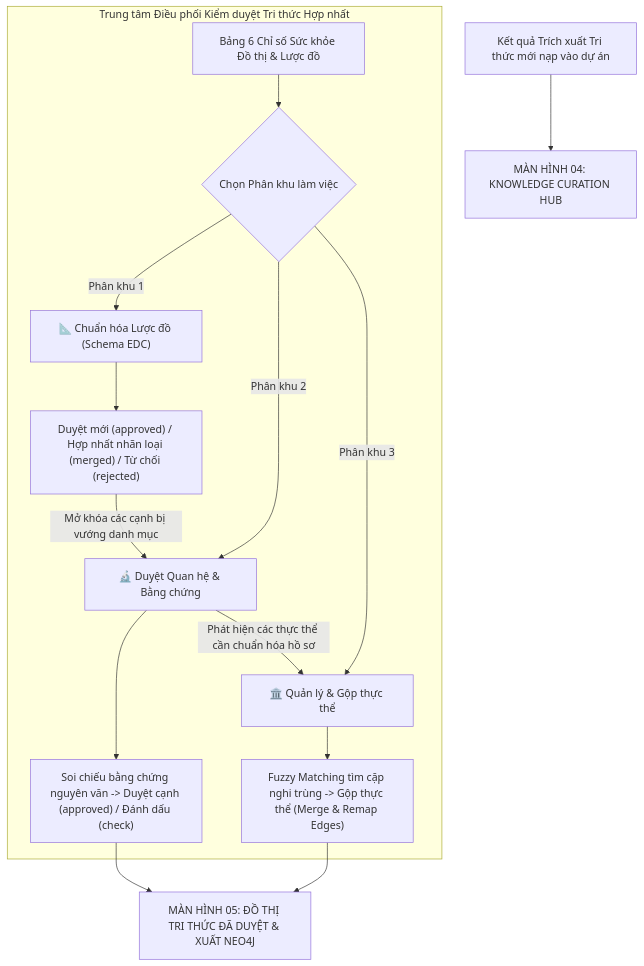
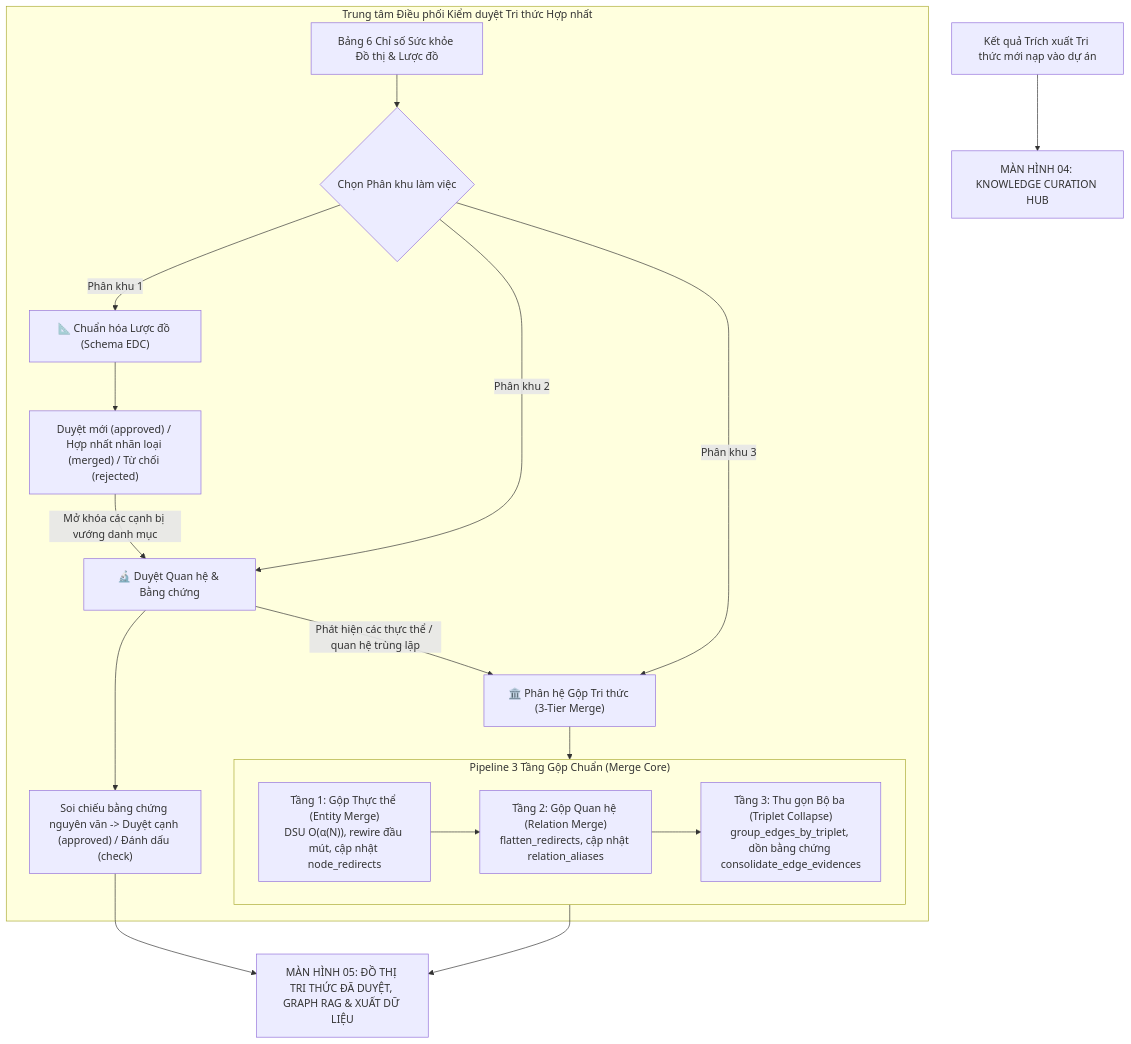
The fourth of 7 diagrams in AI/structure.md (ntnnamnguyen/KG_Studio), drawn with Mermaid before and after one commit. The commit also changed other lines of this file, not shown here.

Commit message:
docs: update system architecture and data flow map to v2.2.0

````diff
--- a/AI/structure.md
+++ b/AI/structure.md
@@ -475,22 +524,26 @@
 ```mermaid
 graph TD
     A["Kết quả Trích xuất Tri thức mới nạp vào dự án"] --> HUB["MÀN HÌNH 04: KNOWLEDGE CURATION HUB"]
     
     subgraph HubContent["Trung tâm Điều phối Kiểm duyệt Tri thức Hợp nhất"]
         DASH["Bảng 6 Chỉ số Sức khỏe Đồ thị & Lược đồ"] --> SUBNAV{"Chọn Phân khu làm việc"}
         
         SUBNAV -- "Phân khu 1" --> SEC1["📐 Chuẩn hóa Lược đồ (Schema EDC)"]
         SUBNAV -- "Phân khu 2" --> SEC2["🔬 Duyệt Quan hệ & Bằng chứng"]
-        SUBNAV -- "Phân khu 3" --> SEC3["🏛️ Quản lý & Gộp thực thể"]
+        SUBNAV -- "Phân khu 3" --> SEC3["🏛️ Phân hệ Gộp Tri thức (3-Tier Merge)"]
         
         SEC1 --> ACT1["Duyệt mới (approved) / Hợp nhất nhãn loại (merged) / Từ chối (rejected)"]
         ACT1 -->|"Mở khóa các cạnh bị vướng danh mục"| SEC2
         
         SEC2 --> ACT2["Soi chiếu bằng chứng nguyên văn -> Duyệt cạnh (approved) / Đánh dấu (check)"]
-        SEC2 -->|"Phát hiện các thực thể cần chuẩn hóa hồ sơ"| SEC3
+        SEC2 -->|"Phát hiện các thực thể / quan hệ trùng lặp"| SEC3
         
-        SEC3 --> ACT3["Fuzzy Matching tìm cặp nghi trùng -> Gộp thực thể (Merge & Remap Edges)"]
+        subgraph MergePipeline["Pipeline 3 Tầng Gộp Chuẩn (Merge Core)"]
+            M1["Tầng 1: Gộp Thực thể (Entity Merge)<br/>DSU O(α(N)), rewire đầu mút, cập nhật node_redirects"] --> M2["Tầng 2: Gộp Quan hệ (Relation Merge)<br/>flatten_redirects, cập nhật relation_aliases"]
+            M2 --> M3["Tầng 3: Thu gọn Bộ ba (Triplet Collapse)<br/>group_edges_by_triplet, dồn bằng chứng consolidate_edge_evidences"]
+        end
+        SEC3 --> MergePipeline
     end
     
-    ACT2 & ACT3 --> EXPORT["MÀN HÌNH 05: ĐỒ THỊ TRI THỨC ĐÃ DUYỆT & XUẤT NEO4J"]
+    ACT2 & MergePipeline --> EXPORT["MÀN HÌNH 05: ĐỒ THỊ TRI THỨC ĐÃ DUYỆT, GRAPH RAG & XUẤT DỮ LIỆU"]
 ```
````
